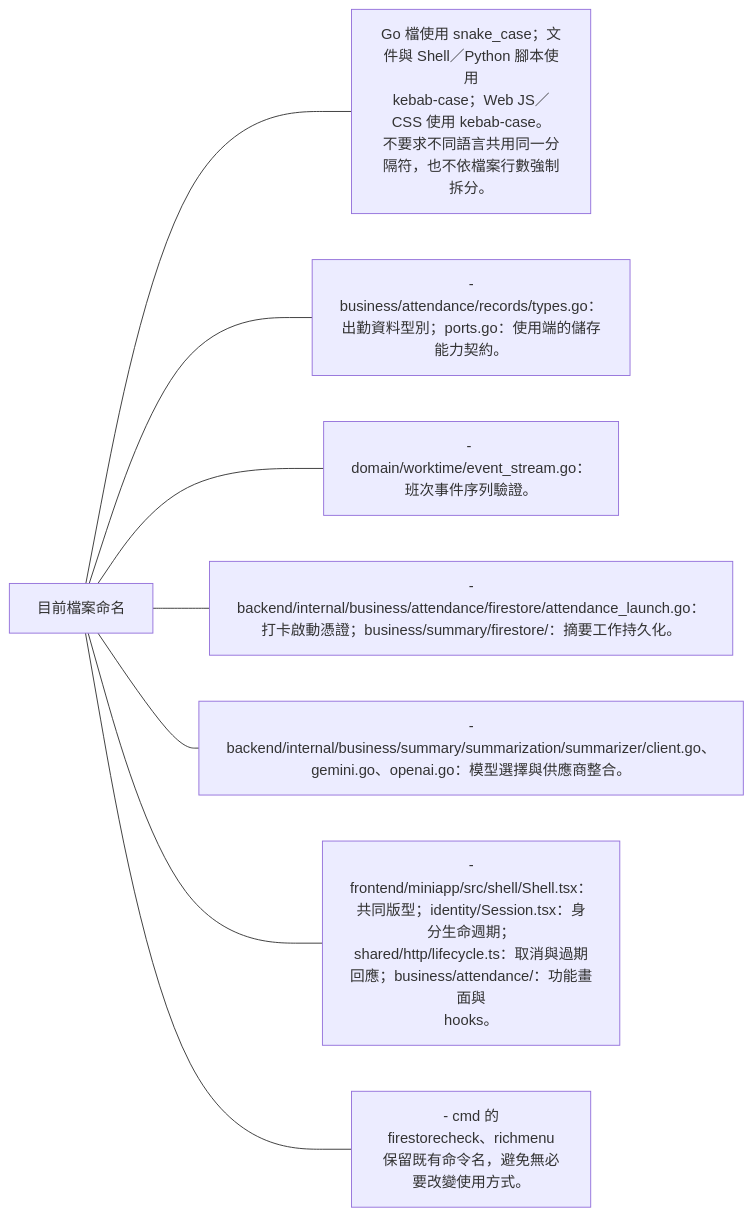
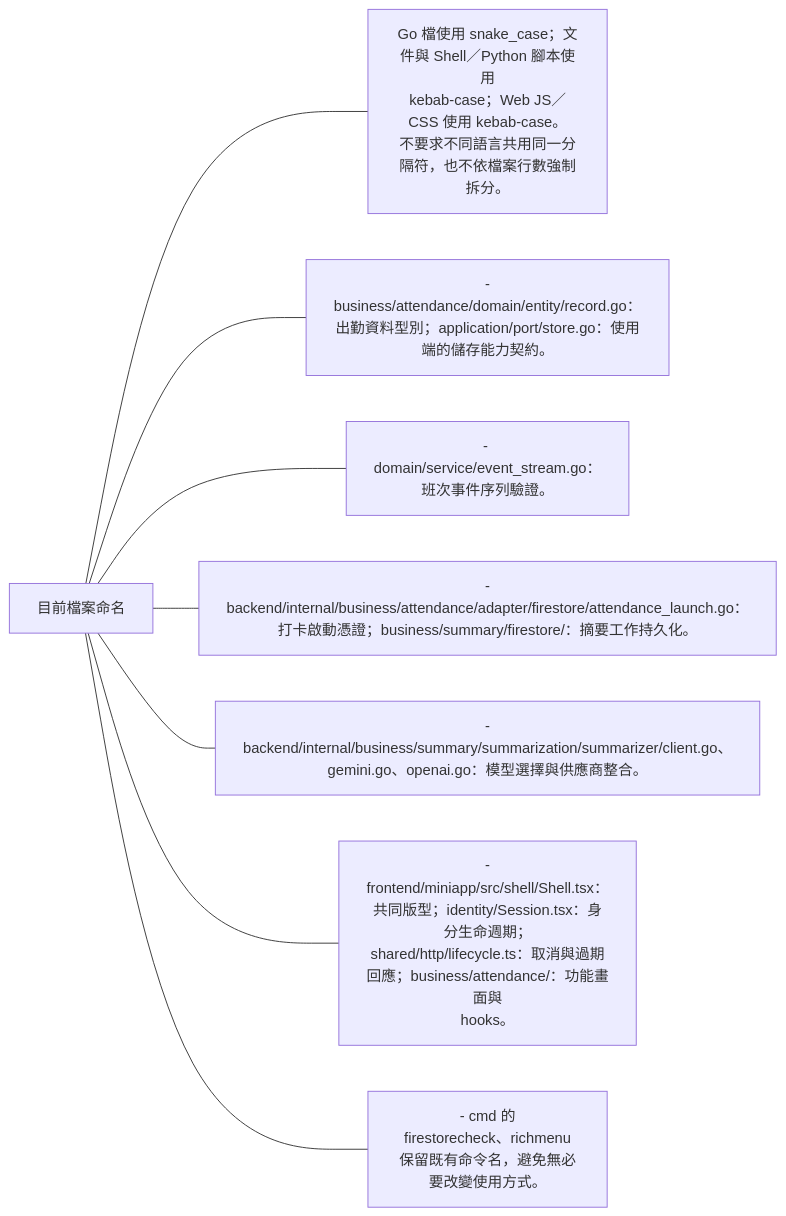
The fourth of 4 diagrams in docs/standards/naming.md (963sup/line-mini-app-bot), drawn with Mermaid before and after one commit. The commit also changed 179 other files, not shown here.

Commit message:
refactor(attendance): separate worktime rules, review commands and read models

````diff
--- a/docs/standards/naming.md
+++ b/docs/standards/naming.md
@@ -51,11 +51,11 @@
 ```mermaid
 flowchart LR
   h["目前檔案命名"]
   h --- n0["Go 檔使用 snake_case；文件與 Shell／Python 腳本使用<br/>kebab-case；Web JS／CSS 使用 kebab-case。<br/>不要求不同語言共用同一分隔符，也不依檔案行數強制拆分。"]
-  h --- n1["-<br/>business/attendance/records/types.go：出勤資料型別；ports.go：使用端的儲存能力契約。"]
-  h --- n2["- domain/worktime/event_stream.go：班次事件序列驗證。"]
-  h --- n3["-<br/>backend/internal/business/attendance/firestore/attendance_launch.go：打卡啟動憑證；business/summary/firestore/：摘要工作持久化。"]
+  h --- n1["-<br/>business/attendance/domain/entity/record.go：出勤資料型別；application/port/store.go：使用端的儲存能力契約。"]
+  h --- n2["- domain/service/event_stream.go：班次事件序列驗證。"]
+  h --- n3["-<br/>backend/internal/business/attendance/adapter/firestore/attendance_launch.go：打卡啟動憑證；business/summary/firestore/：摘要工作持久化。"]
   h --- n4["-<br/>backend/internal/business/summary/summarization/summarizer/client.go、gemini.go、openai.go：模型選擇與供應商整合。"]
   h --- n5["-<br/>frontend/miniapp/src/shell/Shell.tsx：共同版型；identity/Session.tsx：身分生命週期；shared/http/lifecycle.ts：取消與過期回應；business/attendance/：功能畫面與<br/>hooks。"]
   h --- n6["- cmd 的<br/>firestorecheck、richmenu<br/>保留既有命令名，避免無必要改變使用方式。"]
 ```
````
